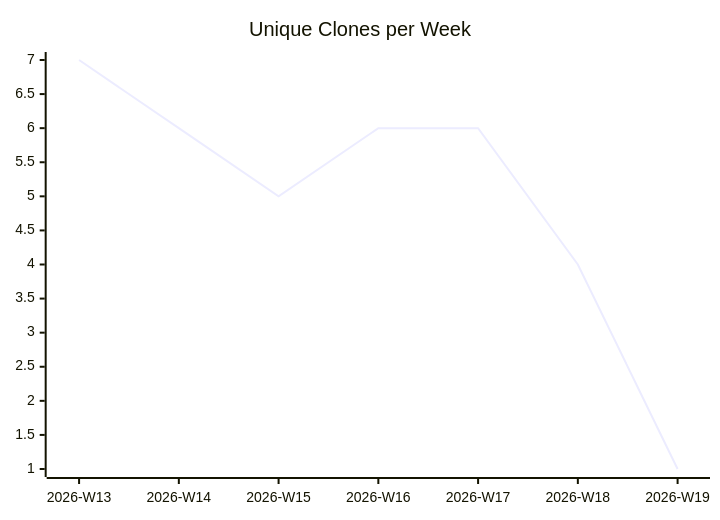
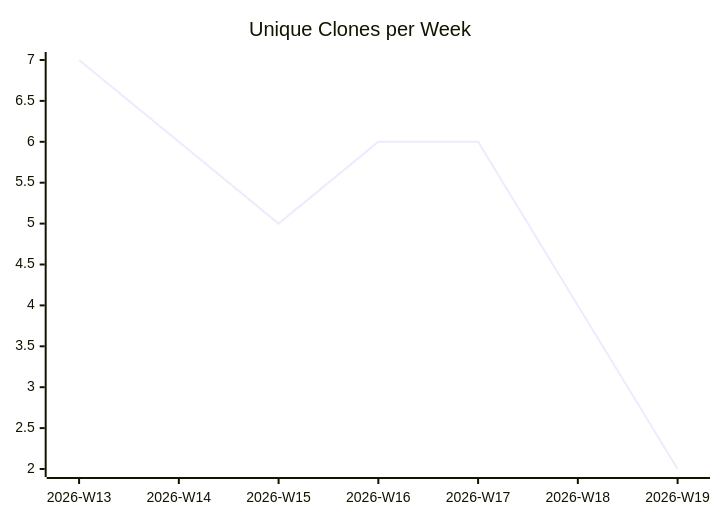
Before and after one commit to justdavis-family/github-analytics-data: the third of 3 diagrams in karlmdavis/lego-ev3dev-rs/README.md, drawn with Mermaid. The commit also changed other lines of this file and 187 other files, not shown here.

````diff
--- a/karlmdavis/lego-ev3dev-rs/README.md
+++ b/karlmdavis/lego-ev3dev-rs/README.md
@@ -19,6 +19,6 @@
 ```mermaid
 xychart-beta
   title "Unique Clones per Week"
   x-axis ["2026-W13", "2026-W14", "2026-W15", "2026-W16", "2026-W17", "2026-W18", "2026-W19"]
-  line [7, 6, 5, 6, 6, 4, 1]
+  line [7, 6, 5, 6, 6, 4, 2]
 ```
````
